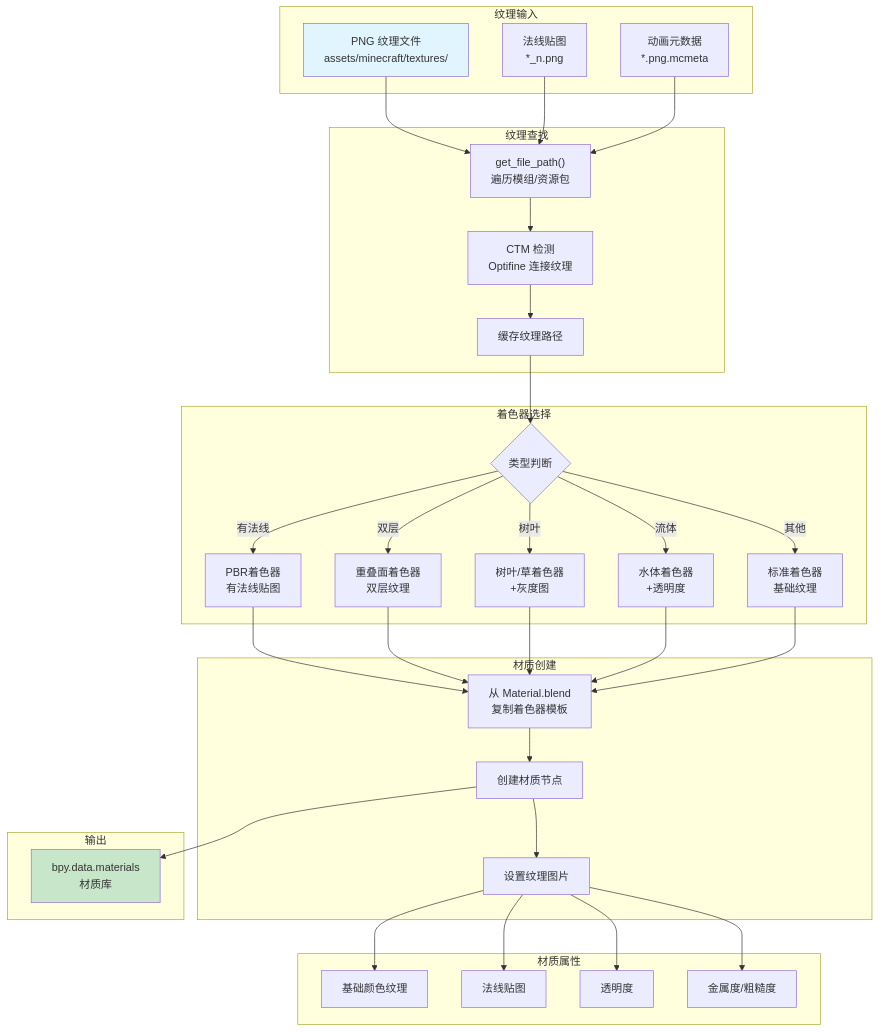
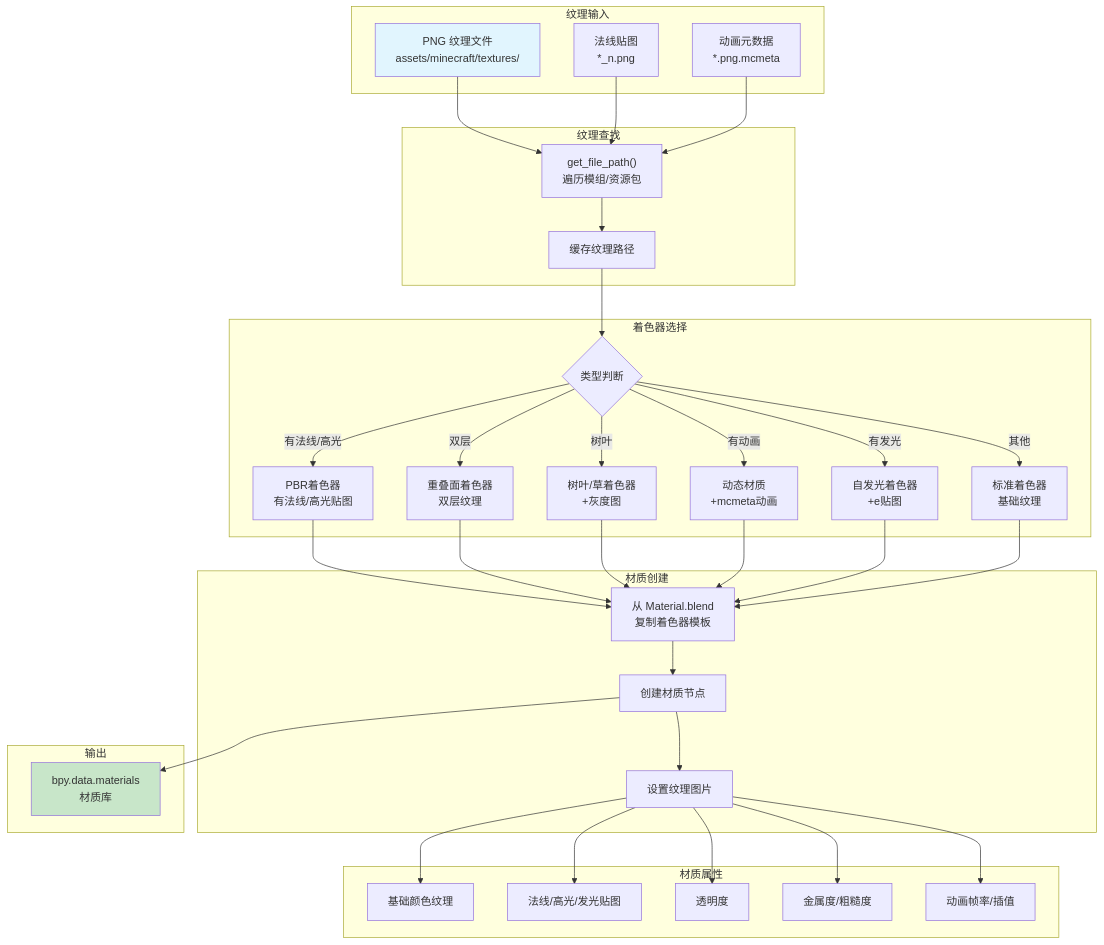
One commit to EF-Cosmos/MBM-workflow changed the fifth of 6 diagrams in doc/data-flow-diagrams.md. Above: the diagram before and after it, drawn with Mermaid. The commit also changed other lines of this file and 1 other file, not shown here.

Commit message:
docs: Update CLAUDE.md and data flow diagrams
- Updated CLAUDE.md to include new modules (surface_optimization, sway_animation), multiprocessing support, and corrected file paths.
- Updated doc/data-flow-diagrams.md to reflect current material system logic (dynamic materials, emissive shaders) and removed obsolete references (CTM, water shader).

````diff
--- a/doc/data-flow-diagrams.md
+++ b/doc/data-flow-diagrams.md
@@ -391,73 +391,76 @@
 ```mermaid
 flowchart TD
     subgraph Input["纹理输入"]
         A["PNG 纹理文件<br/>assets/minecraft/textures/"]
         B["法线贴图<br/>*_n.png"]
         C["动画元数据<br/>*.png.mcmeta"]
     end
 
     subgraph Find["纹理查找"]
         D["get_file_path()<br/>遍历模组/资源包"]
-        E["CTM 检测<br/>Optifine 连接纹理"]
         F["缓存纹理路径"]
     end
 
     subgraph Shader["着色器选择"]
         G{类型判断}
-        H1["PBR着色器<br/>有法线贴图"]
+        H1["PBR着色器<br/>有法线/高光贴图"]
         H2["重叠面着色器<br/>双层纹理"]
         H3["树叶/草着色器<br/>+灰度图"]
-        H4["水体着色器<br/>+透明度"]
+        H6["动态材质<br/>+mcmeta动画"]
+        H7["自发光着色器<br/>+e贴图"]
         H5["标准着色器<br/>基础纹理"]
     end
 
     subgraph Create["材质创建"]
         I["从 Material.blend<br/>复制着色器模板"]
         J["创建材质节点"]
         K["设置纹理图片"]
     end
 
     subgraph Attribute["材质属性"]
         L["基础颜色纹理"]
-        M["法线贴图"]
+        M["法线/高光/发光贴图"]
         N["透明度"]
         O["金属度/粗糙度"]
+        Q["动画帧率/插值"]
     end
 
     subgraph Output["输出"]
         P["bpy.data.materials<br/>材质库"]
     end
 
     A --> D
     B --> D
     C --> D
 
-    D --> E
-    E --> F
+    D --> F
     F --> G
 
-    G -->|有法线| H1
+    G -->|有法线/高光| H1
     G -->|双层| H2
     G -->|树叶| H3
-    G -->|流体| H4
+    G -->|有动画| H6
+    G -->|有发光| H7
     G -->|其他| H5
 
     H1 --> I
     H2 --> I
     H3 --> I
-    H4 --> I
+    H6 --> I
+    H7 --> I
     H5 --> I
 
     I --> J
     J --> K
 
     K --> L
     K --> M
     K --> N
     K --> O
+    K --> Q
 
     J --> P
 
     style A fill:#e1f5fe
     style P fill:#c8e6c9
 ```
````
